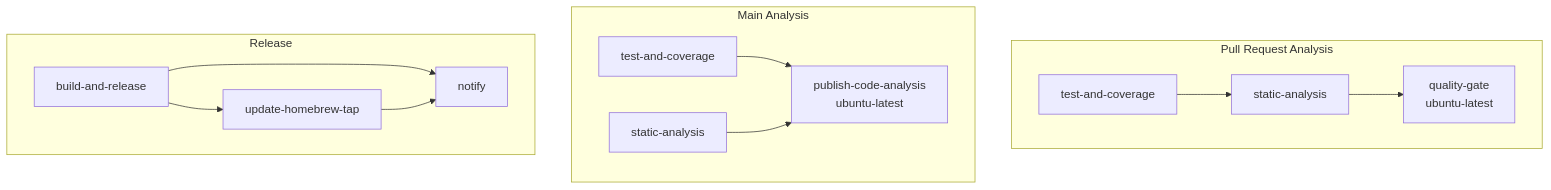
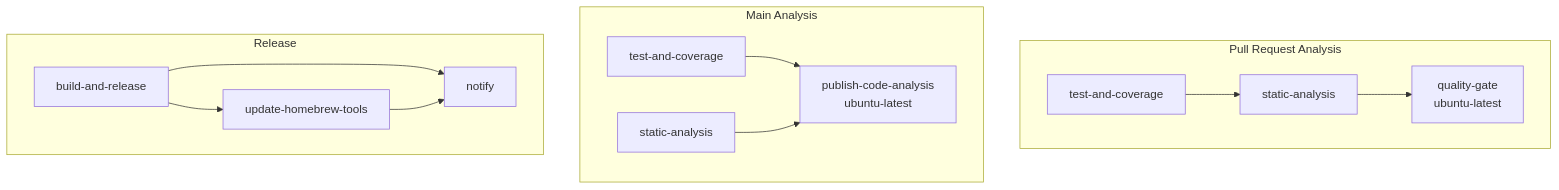
The second of 6 diagrams in Docs/CI/README.md (ericodx/swift-member-lineup), drawn with Mermaid before and after one commit. The commit also changed other lines of this file and 4 other files, not shown here.

Commit message:
docs: update Homebrew tap repository name

````diff
--- a/Docs/CI/README.md
+++ b/Docs/CI/README.md
@@ -93,18 +93,18 @@
 ```mermaid
 graph TD
     subgraph PR[Pull Request Analysis]
         A1[test-and-coverage] --> A2[static-analysis]
         A2 --> A3[quality-gate<br/>ubuntu-latest]
     end
 
     subgraph Main[Main Analysis]
         B1[test-and-coverage] --> B3[publish-code-analysis<br/>ubuntu-latest]
         B2[static-analysis] --> B3
     end
 
     subgraph Rel[Release]
-        D1[build-and-release] --> D2[update-homebrew-tap]
+        D1[build-and-release] --> D2[update-homebrew-tools]
         D1 --> D3[notify]
         D2 --> D3
     end
 ```
````
